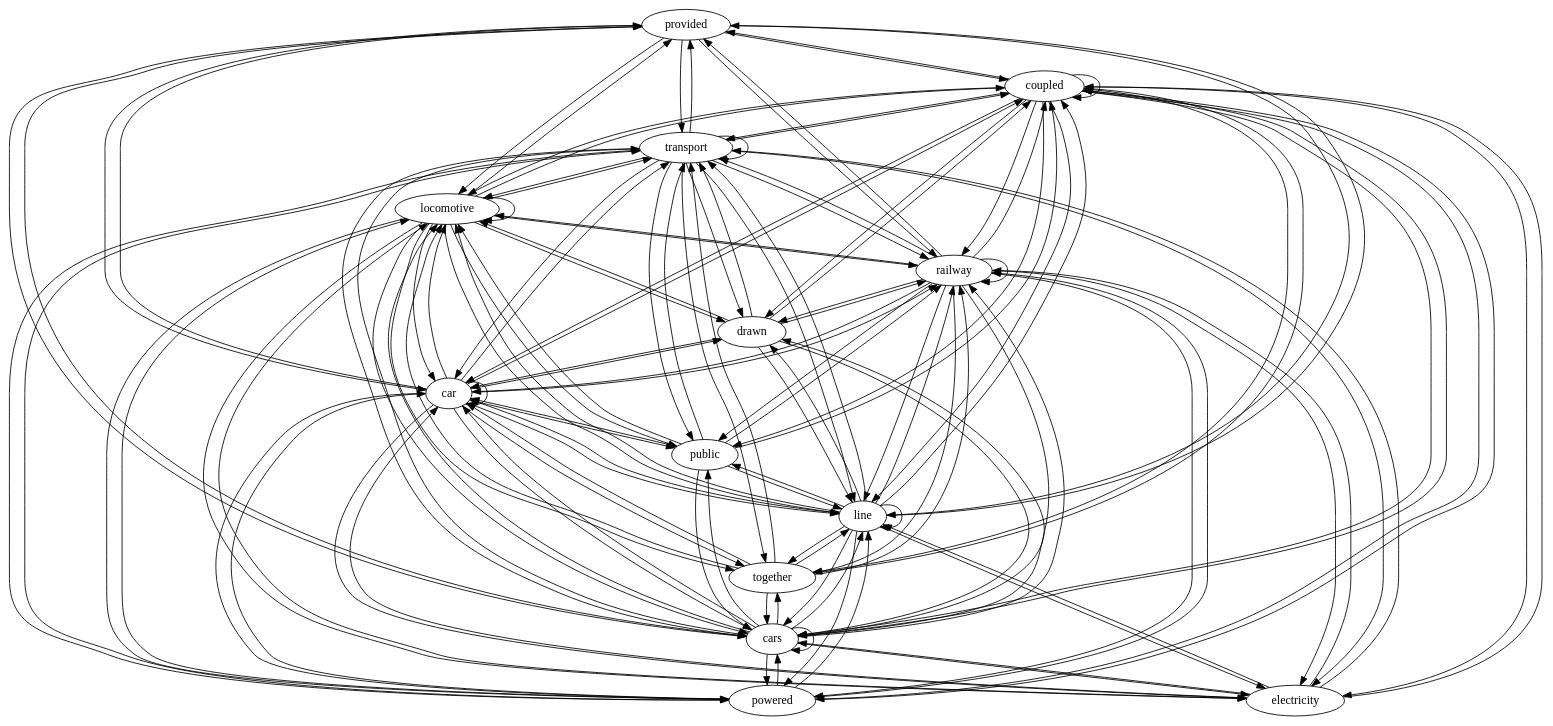
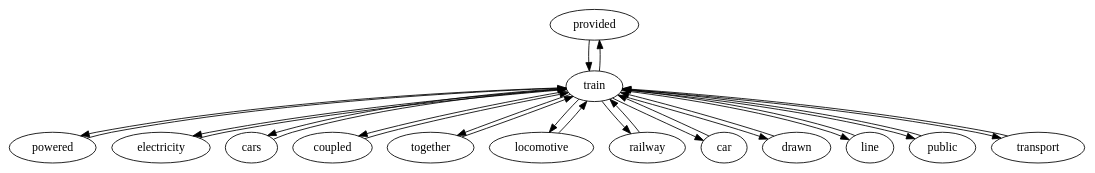
One commit to shrinivaasanka/asfer-github-code changed the diagram in python-src/InterviewAlgorithm/InterviewAlgorithmWithIntrinisicMerit_Crawl_Visual_RGOGraph.dot. Above: the diagram before and after it, drawn with Graphviz. The commit also changed 4 other files, not shown here.

```diff
--- a/python-src/InterviewAlgorithm/InterviewAlgorithmWithIntrinisicMerit_Crawl_Visual_RGOGraph.dot
+++ b/python-src/InterviewAlgorithm/InterviewAlgorithmWithIntrinisicMerit_Crawl_Visual_RGOGraph.dot
@@ -1,148 +1,42 @@
-digraph G {
+strict digraph G {
 provided;
-coupled;
+powered;
 electricity;
 cars;
-powered;
-line;
+coupled;
 together;
-public;
+locomotive;
+railway;
+train;
 car;
 drawn;
-railway;
-locomotive;
+line;
+public;
 transport;
-provided -> coupled;
-provided -> cars;
-provided -> locomotive;
-provided -> car;
-provided -> railway;
-provided -> line;
-provided -> transport;
-coupled -> provided;
-coupled -> coupled;
-coupled -> electricity;
-coupled -> cars;
-coupled -> powered;
-coupled -> line;
-coupled -> together;
-coupled -> public;
-coupled -> car;
-coupled -> drawn;
-coupled -> railway;
-coupled -> locomotive;
-coupled -> transport;
-electricity -> coupled;
-electricity -> cars;
-electricity -> locomotive;
-electricity -> car;
-electricity -> railway;
-electricity -> line;
-electricity -> transport;
-cars -> provided;
-cars -> coupled;
-cars -> electricity;
-cars -> cars;
-cars -> powered;
-cars -> line;
-cars -> together;
-cars -> public;
-cars -> car;
-cars -> drawn;
-cars -> railway;
-cars -> locomotive;
-cars -> transport;
-powered -> coupled;
-powered -> cars;
-powered -> locomotive;
-powered -> car;
-powered -> railway;
-powered -> line;
-powered -> transport;
-line -> provided;
-line -> powered;
-line -> electricity;
-line -> cars;
-line -> coupled;
-line -> line;
-line -> together;
-line -> public;
-line -> car;
-line -> drawn;
-line -> railway;
-line -> locomotive;
-line -> transport;
-together -> coupled;
-together -> cars;
-together -> locomotive;
-together -> car;
-together -> railway;
-together -> line;
-together -> transport;
-public -> coupled;
-public -> cars;
-public -> locomotive;
-public -> car;
-public -> railway;
-public -> line;
-public -> transport;
-car -> provided;
-car -> drawn;
-car -> powered;
-car -> electricity;
-car -> cars;
-car -> coupled;
-car -> together;
-car -> locomotive;
-car -> car;
-car -> railway;
-car -> line;
-car -> public;
-car -> transport;
-drawn -> coupled;
-drawn -> cars;
-drawn -> locomotive;
-drawn -> car;
-drawn -> railway;
-drawn -> line;
-drawn -> transport;
-railway -> provided;
-railway -> powered;
-railway -> electricity;
-railway -> cars;
-railway -> coupled;
-railway -> together;
-railway -> locomotive;
-railway -> railway;
-railway -> car;
-railway -> drawn;
-railway -> line;
-railway -> public;
-railway -> transport;
-locomotive -> provided;
-locomotive -> powered;
-locomotive -> electricity;
-locomotive -> cars;
-locomotive -> coupled;
-locomotive -> together;
-locomotive -> locomotive;
-locomotive -> railway;
-locomotive -> car;
-locomotive -> drawn;
-locomotive -> line;
-locomotive -> public;
-locomotive -> transport;
-transport -> provided;
-transport -> powered;
-transport -> electricity;
-transport -> cars;
-transport -> coupled;
-transport -> together;
-transport -> locomotive;
-transport -> railway;
-transport -> car;
-transport -> drawn;
-transport -> line;
-transport -> public;
-transport -> transport;
+provided -> train;
+powered -> train;
+electricity -> train;
+cars -> train;
+coupled -> train;
+together -> train;
+locomotive -> train;
+railway -> train;
+train -> provided;
+train -> powered;
+train -> electricity;
+train -> cars;
+train -> coupled;
+train -> together;
+train -> locomotive;
+train -> railway;
+train -> car;
+train -> drawn;
+train -> line;
+train -> public;
+train -> transport;
+car -> train;
+drawn -> train;
+line -> train;
+public -> train;
+transport -> train;
 }
```
